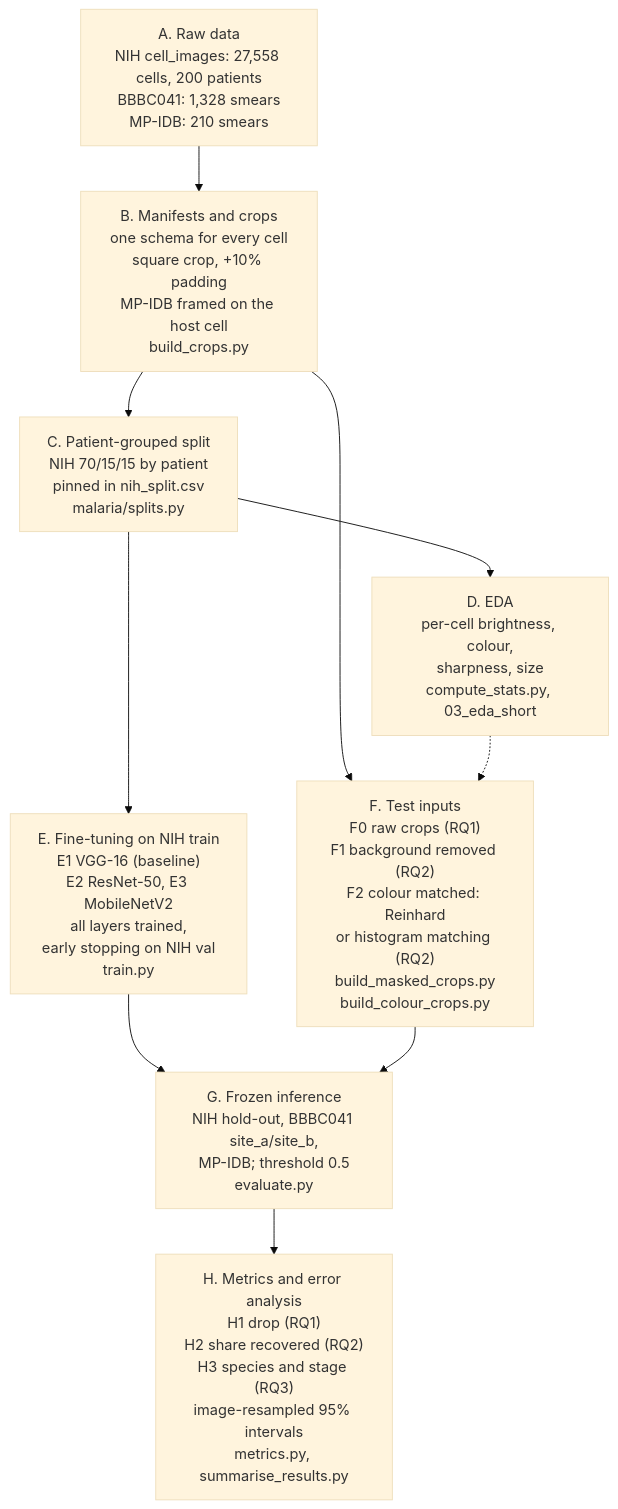
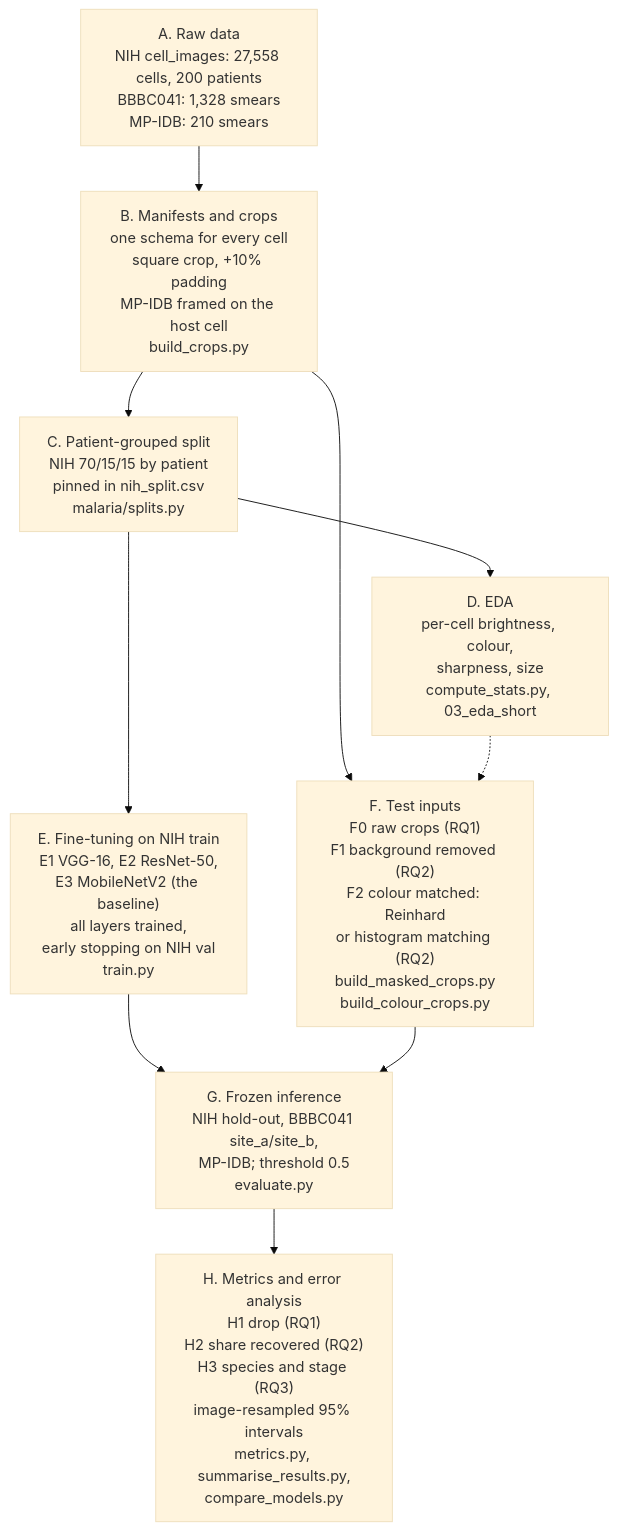
Before and after one commit to noahtjonsk/malaria-cross-dataset: the diagram in docs/methodology_overview.md, drawn with Mermaid (base theme). The commit also changed other lines of this file, not shown here.

First line of the commit message:
Update the Methodology Overview for the three-model baseline

````diff
--- a/docs/methodology_overview.md
+++ b/docs/methodology_overview.md
@@ -40,18 +40,18 @@
 ```mermaid
 flowchart TB
     A["A. Raw data<br/>NIH cell_images: 27,558 cells, 200 patients<br/>BBBC041: 1,328 smears<br/>MP-IDB: 210 smears"]
     B["B. Manifests and crops<br/>one schema for every cell<br/>square crop, +10% padding<br/>MP-IDB framed on the host cell<br/>build_crops.py"]
     C["C. Patient-grouped split<br/>NIH 70/15/15 by patient<br/>pinned in nih_split.csv<br/>malaria/splits.py"]
     D["D. EDA<br/>per-cell brightness, colour,<br/>sharpness, size<br/>compute_stats.py, 03_eda_short"]
     F["F. Test inputs<br/>F0 raw crops (RQ1)<br/>F1 background removed (RQ2)<br/>F2 colour matched: Reinhard<br/>or histogram matching (RQ2)<br/>build_masked_crops.py<br/>build_colour_crops.py"]
-    E["E. Fine-tuning on NIH train<br/>E1 VGG-16 (baseline)<br/>E2 ResNet-50, E3 MobileNetV2<br/>all layers trained,<br/>early stopping on NIH val<br/>train.py"]
+    E["E. Fine-tuning on NIH train<br/>E1 VGG-16, E2 ResNet-50,<br/>E3 MobileNetV2 (the baseline)<br/>all layers trained,<br/>early stopping on NIH val<br/>train.py"]
     G["G. Frozen inference<br/>NIH hold-out, BBBC041 site_a/site_b,<br/>MP-IDB; threshold 0.5<br/>evaluate.py"]
-    H["H. Metrics and error analysis<br/>H1 drop (RQ1)<br/>H2 share recovered (RQ2)<br/>H3 species and stage (RQ3)<br/>image-resampled 95% intervals<br/>metrics.py, summarise_results.py"]
+    H["H. Metrics and error analysis<br/>H1 drop (RQ1)<br/>H2 share recovered (RQ2)<br/>H3 species and stage (RQ3)<br/>image-resampled 95% intervals<br/>metrics.py, summarise_results.py,<br/>compare_models.py"]
     A --> B --> C --> D
     B --> F
     C --> E
     D -.-> F
     E --> G
     F --> G
     G --> H
 ```
````
